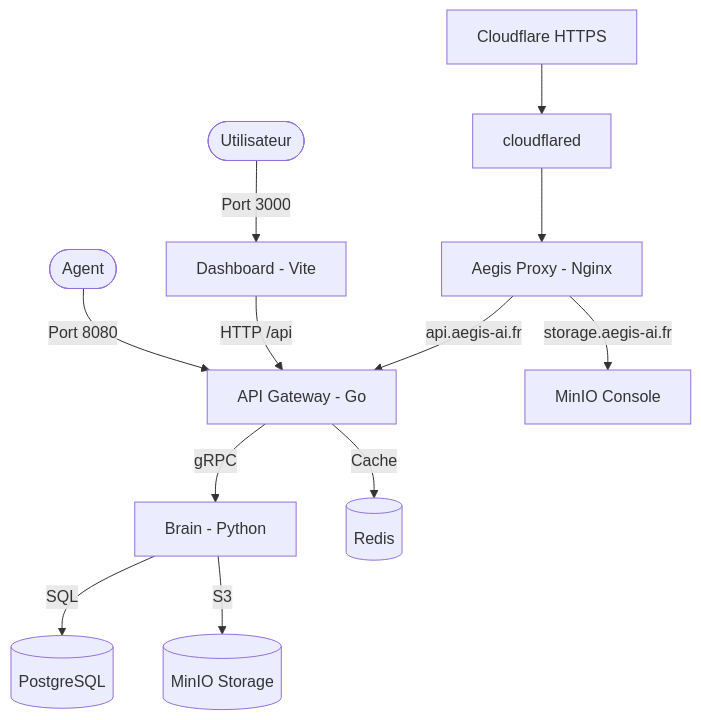
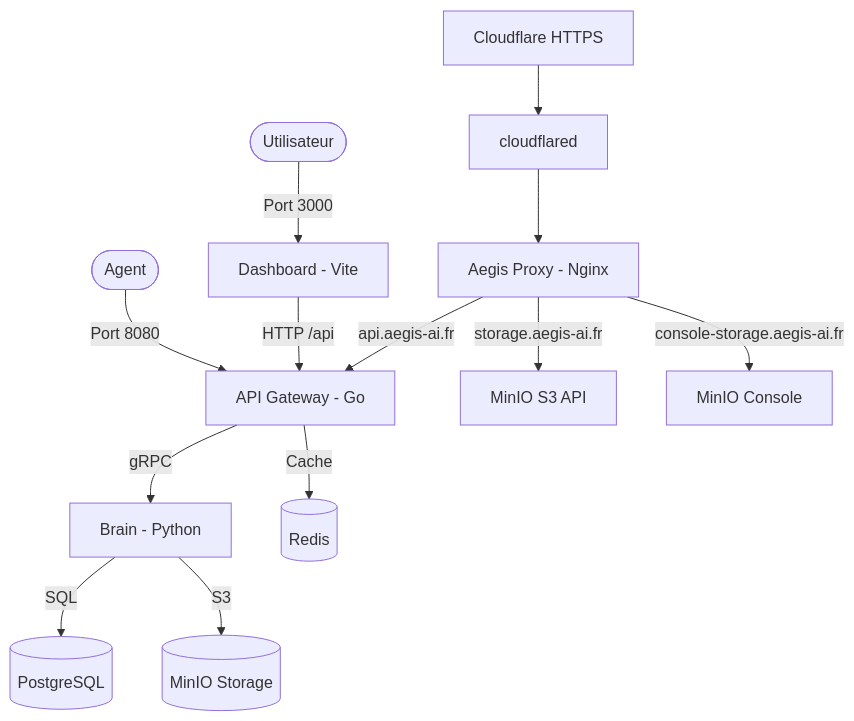
Before and after one commit to Aegis-AI-Organizations/Aegis-AI-Infra: the diagram in local-dev/README.md, drawn with Mermaid. The commit also changed other lines of this file and 3 other files, not shown here.

Commit message:
[ADD] Expose MinIO admin console on dedicated hostname

````diff
--- a/local-dev/README.md
+++ b/local-dev/README.md
@@ -9,14 +9,15 @@
 ```mermaid
 graph TD
     User([Utilisateur]) -- Port 3000 --> Dashboard[Dashboard - Vite]
     CF[Cloudflare HTTPS] --> Tunnel[cloudflared]
     Tunnel --> Proxy[Aegis Proxy - Nginx]
     Proxy -- api.aegis-ai.fr --> Gateway
-    Proxy -- storage.aegis-ai.fr --> MinIOConsole[MinIO Console]
+    Proxy -- storage.aegis-ai.fr --> MinIOApi[MinIO S3 API]
+    Proxy -- console-storage.aegis-ai.fr --> MinIOConsole[MinIO Console]
     Dashboard -- HTTP /api --> Gateway[API Gateway - Go]
     Agent([Agent]) -- Port 8080 --> Gateway
     Gateway -- gRPC --> Brain[Brain - Python]
     Brain -- SQL --> DB[(PostgreSQL)]
     Brain -- S3 --> MinIO[(MinIO Storage)]
     Gateway -- Cache --> Redis[(Redis)]
 ```
````
